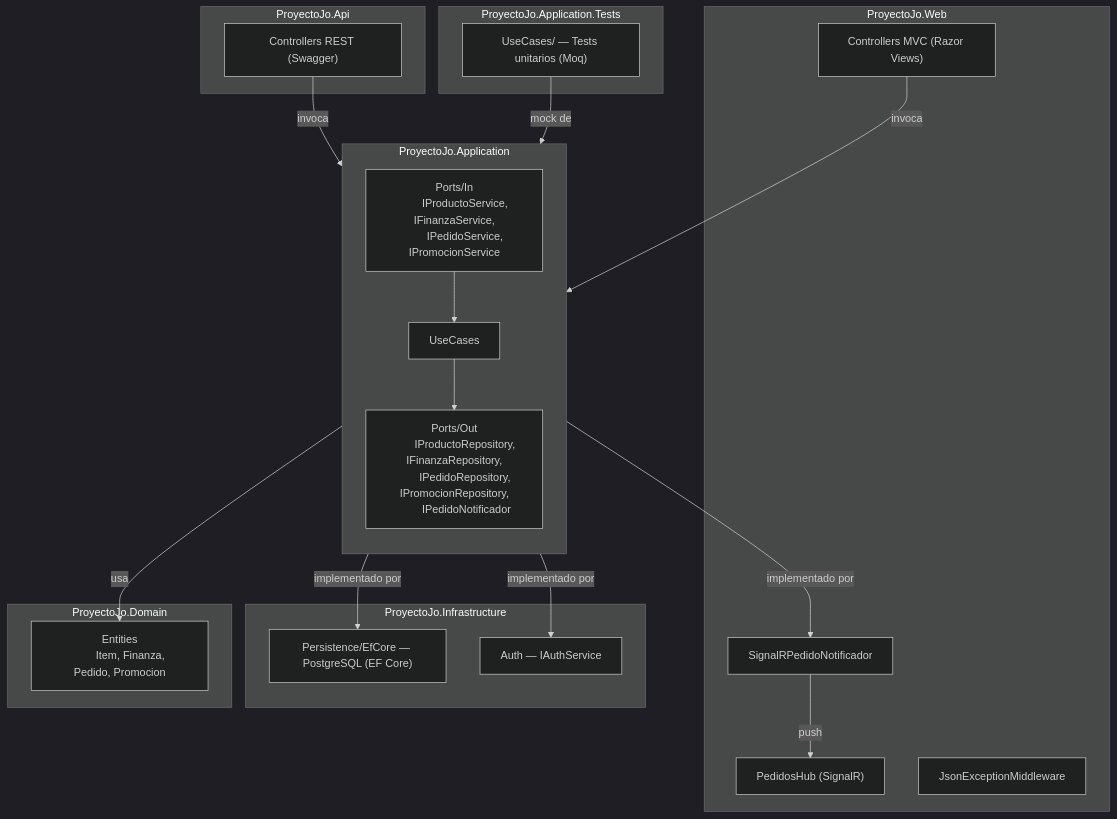
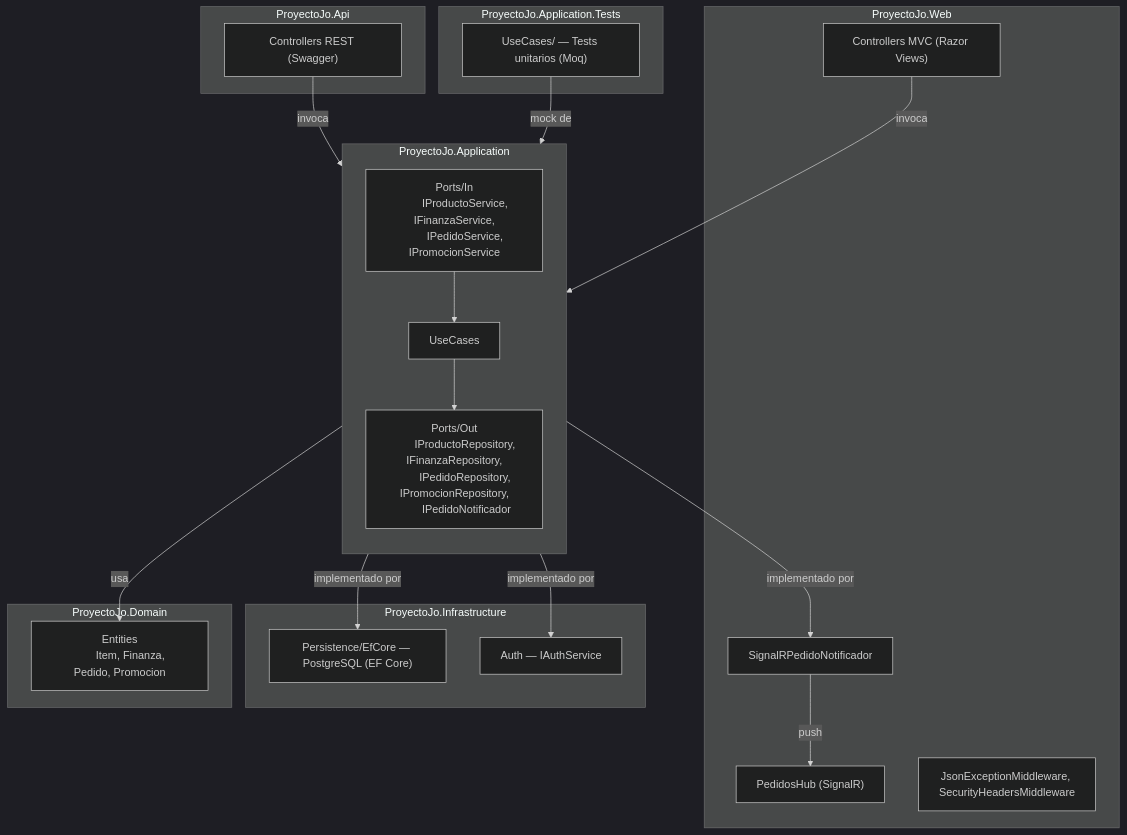
Before and after one commit to Joako601/Proyecto-Jo: the first of 2 diagrams in README.md, drawn with Mermaid (dark theme). The commit also changed other lines of this file and 1 other file, not shown here.

````diff
--- a/README.md
+++ b/README.md
@@ -57,50 +59,50 @@
 ```mermaid
 flowchart TD
 
     subgraph DOMAIN ["ProyectoJo.Domain"]
         ENT["Entities
         Item, Finanza, Pedido, Promocion"]
     end
 
     subgraph APPLICATION ["ProyectoJo.Application"]
         direction TB
         PIN["Ports/In
         IProductoService, IFinanzaService,
         IPedidoService, IPromocionService"]
         UC["UseCases"]
         POUT["Ports/Out
         IProductoRepository, IFinanzaRepository,
         IPedidoRepository, IPromocionRepository,
         IPedidoNotificador"]
         PIN --> UC --> POUT
     end
 
     subgraph WEB ["ProyectoJo.Web"]
         WC["Controllers MVC (Razor Views)"]
         HUB["PedidosHub (SignalR)"]
         NOTIF["SignalRPedidoNotificador"]
-        MW["JsonExceptionMiddleware"]
+        MW["JsonExceptionMiddleware, SecurityHeadersMiddleware"]
     end
 
     subgraph API ["ProyectoJo.Api"]
         AC["Controllers REST (Swagger)"]
     end
 
     subgraph INFRA ["ProyectoJo.Infrastructure"]
         PERS["Persistence/EfCore — PostgreSQL (EF Core)"]
         AUTH["Auth — IAuthService"]
     end
 
     subgraph TESTS ["ProyectoJo.Application.Tests"]
         UT["UseCases/ — Tests unitarios (Moq)"]
     end
 
     WC -->|invoca| PIN
     AC -->|invoca| PIN
     UC -->|usa| ENT
     POUT -->|implementado por| PERS
     POUT -->|implementado por| AUTH
     POUT -->|implementado por| NOTIF
     NOTIF -->|push| HUB
     UT -->|mock de| POUT
 ```
````
